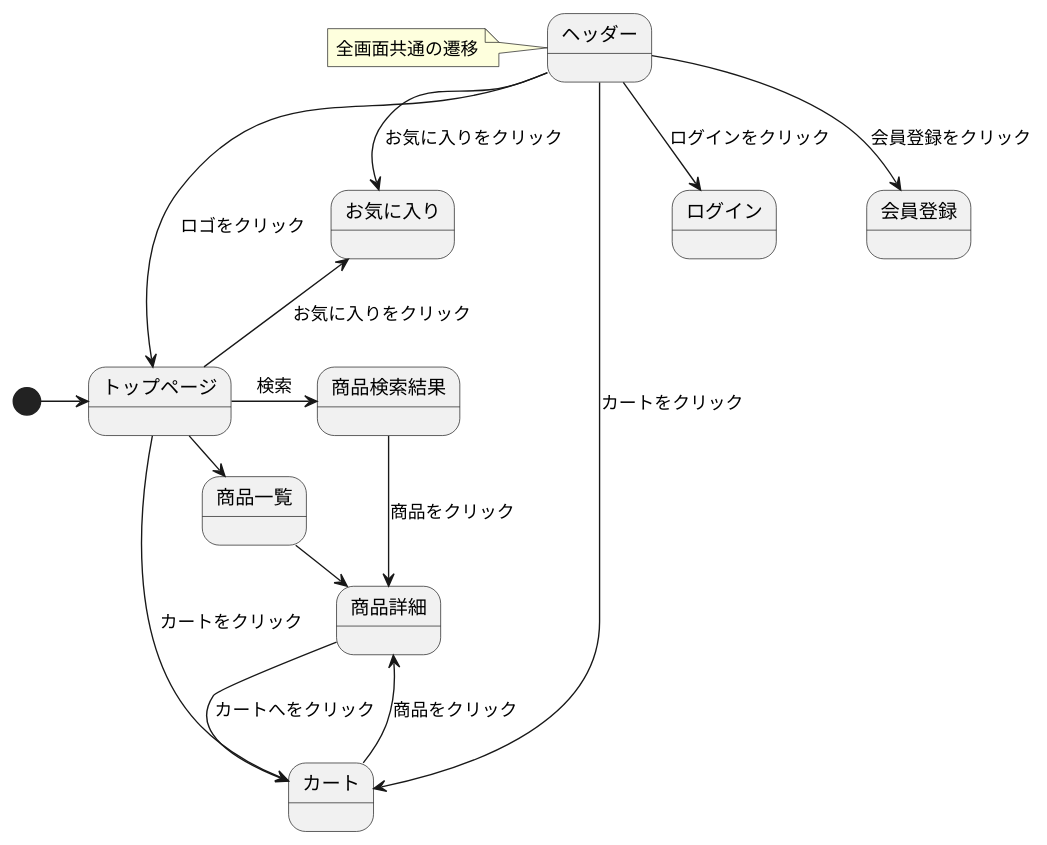
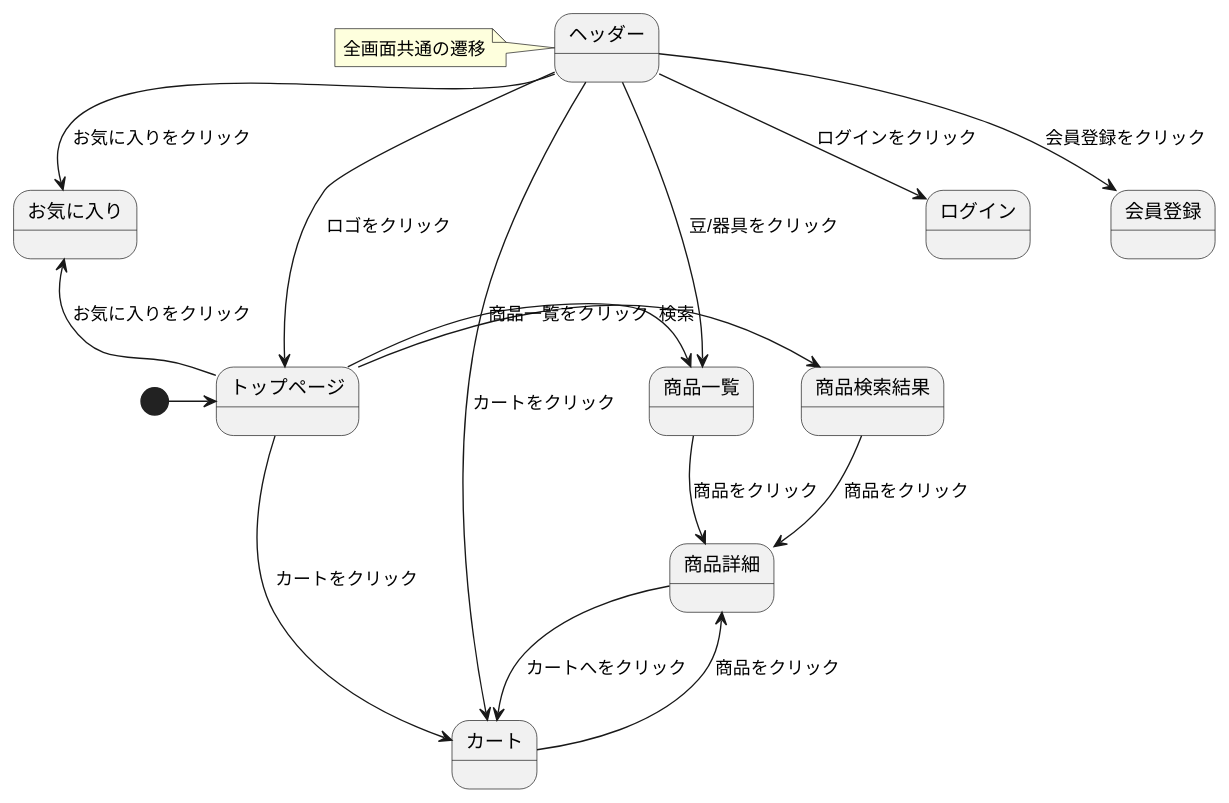
The diagram in 03_画面遷移図/stm_03.md (Aso2101122/coffeeEC), drawn with PlantUML before and after one commit.

````diff
--- a/03_画面遷移図/stm_03.md
+++ b/03_画面遷移図/stm_03.md
@@ -2,24 +2,25 @@
 ```uml
 @startuml
 [*]->トップページ
 トップページ->商品検索結果: 検索
 トップページ-right->商品一覧: 商品一覧をクリック
 商品一覧->商品詳細: 商品をクリック
 商品検索結果-down->商品詳細: 商品をクリック
 商品詳細-->カート: カートへをクリック
 トップページ--up>お気に入り: お気に入りをクリック
 トップページ-->カート: カートをクリック
 カート->商品詳細: 商品をクリック
 
 state ヘッダー{
 }
 note left of ヘッダー: 全画面共通の遷移
 
 
 ヘッダー-down->トップページ: ロゴをクリック
+ヘッダー-down->商品一覧: 豆/器具をクリック
 ヘッダー-down->ログイン: ログインをクリック
 ヘッダー-down->会員登録: 会員登録をクリック
 ヘッダー-down->お気に入り: お気に入りをクリック
 ヘッダー-down->カート: カートをクリック
 @enduml
 ```
````
